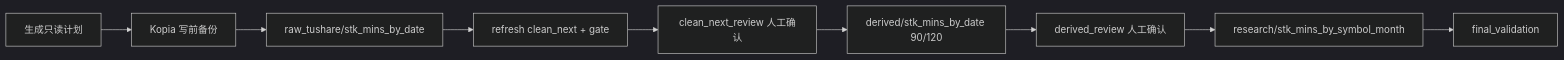
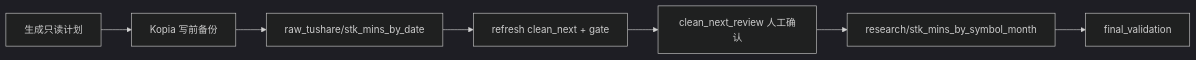
One commit to chiuser/goldenshare changed the first of 2 diagrams in docs/architecture/local-lake-stk-mins-sync-center-pipeline-plan-v1.md. Above: the diagram before and after it, drawn with Mermaid (dark theme). The commit also changed other lines of this file and 54 other files, not shown here.

````diff
--- a/docs/architecture/local-lake-stk-mins-sync-center-pipeline-plan-v1.md
+++ b/docs/architecture/local-lake-stk-mins-sync-center-pipeline-plan-v1.md
@@ -52,11 +52,9 @@
 ```mermaid
 flowchart LR
   A["生成只读计划"] --> B["Kopia 写前备份"]
   B --> C["raw_tushare/stk_mins_by_date"]
   C --> D["refresh clean_next + gate"]
   D --> E["clean_next_review 人工确认"]
-  E --> F["derived/stk_mins_by_date 90/120"]
-  F --> G["derived_review 人工确认"]
-  G --> H["research/stk_mins_by_symbol_month"]
-  H --> I["final_validation"]
+  E --> F["research/stk_mins_by_symbol_month"]
+  F --> G["final_validation"]
 ```
````
